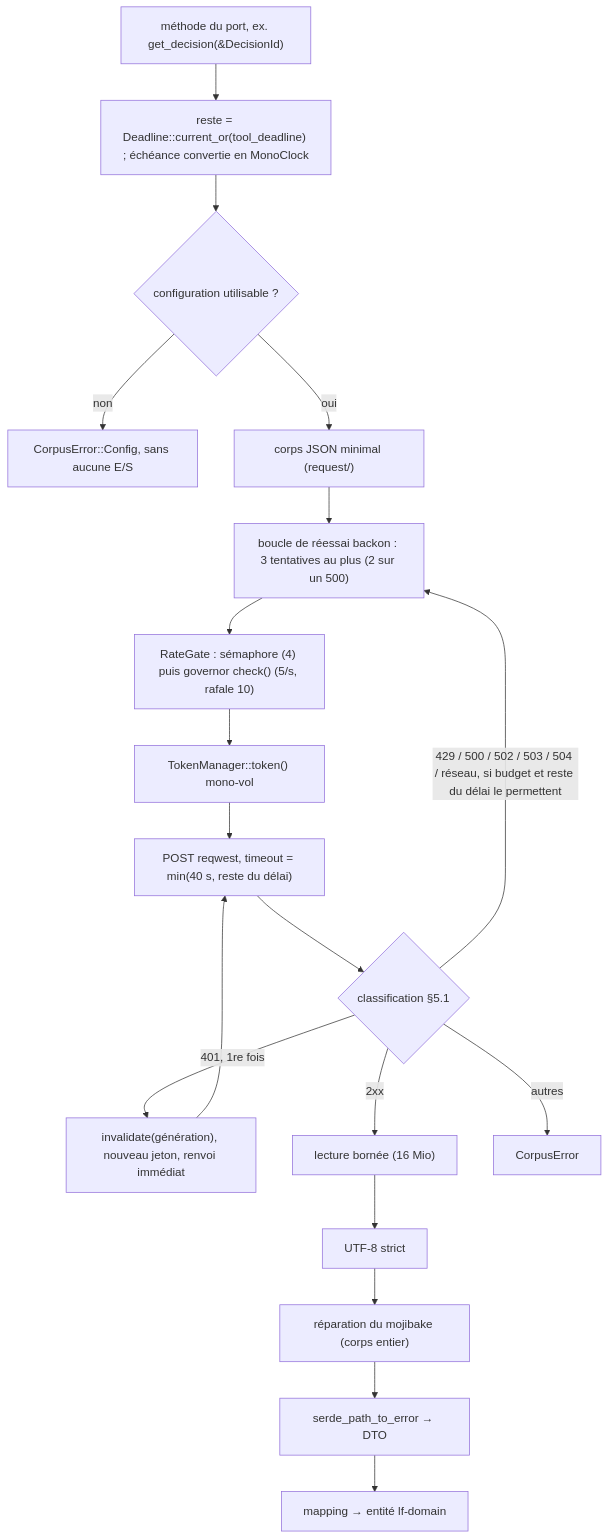
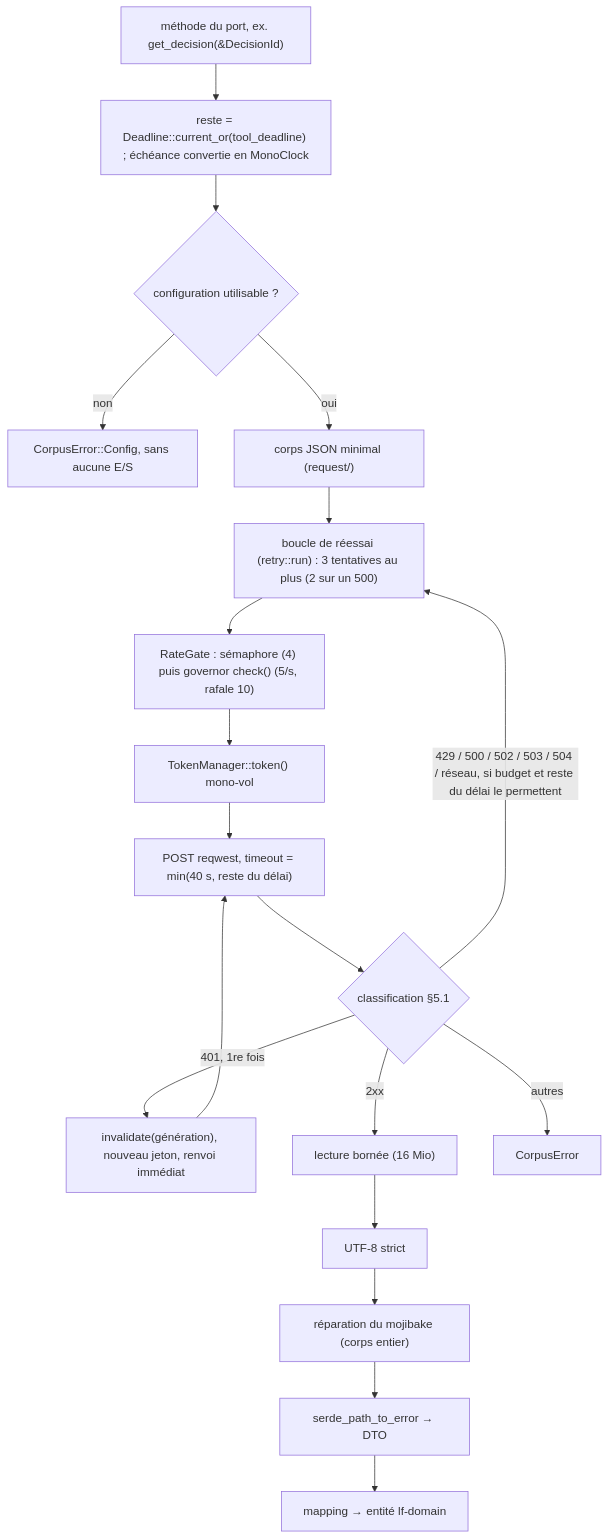
Before and after one commit to muchiny/mcp-legifrance: the diagram in docs/plan/04-adapter-piste.md, drawn with Mermaid. The commit also changed other lines of this file and 17 other files, not shown here.

````diff
--- a/docs/plan/04-adapter-piste.md
+++ b/docs/plan/04-adapter-piste.md
@@ -162,19 +168,19 @@
 ```mermaid
 flowchart TD
   P["méthode du port, ex. get_decision(&DecisionId)"] --> D["reste = Deadline::current_or(tool_deadline) ; échéance convertie en MonoClock"]
   D --> C{"configuration utilisable ?"}
   C -- non --> EC["CorpusError::Config, sans aucune E/S"]
   C -- oui --> B["corps JSON minimal (request/)"]
-  B --> L["boucle de réessai backon : 3 tentatives au plus (2 sur un 500)"]
+  B --> L["boucle de réessai (retry::run) : 3 tentatives au plus (2 sur un 500)"]
   L --> G["RateGate : sémaphore (4) puis governor check() (5/s, rafale 10)"]
   G --> T["TokenManager::token() mono-vol"]
   T --> H["POST reqwest, timeout = min(40 s, reste du délai)"]
   H --> K{"classification §5.1"}
   K -- "401, 1re fois" --> R["invalidate(génération), nouveau jeton, renvoi immédiat"]
   R --> H
   K -- "429 / 500 / 502 / 503 / 504 / réseau, si budget et reste du délai le permettent" --> L
   K -- "2xx" --> RB["lecture bornée (16 Mio)"]
   RB --> U["UTF-8 strict"] --> M["réparation du mojibake (corps entier)"]
   M --> SD["serde_path_to_error → DTO"] --> MP["mapping → entité lf-domain"]
   K -- "autres" --> E["CorpusError"]
 ```
````
